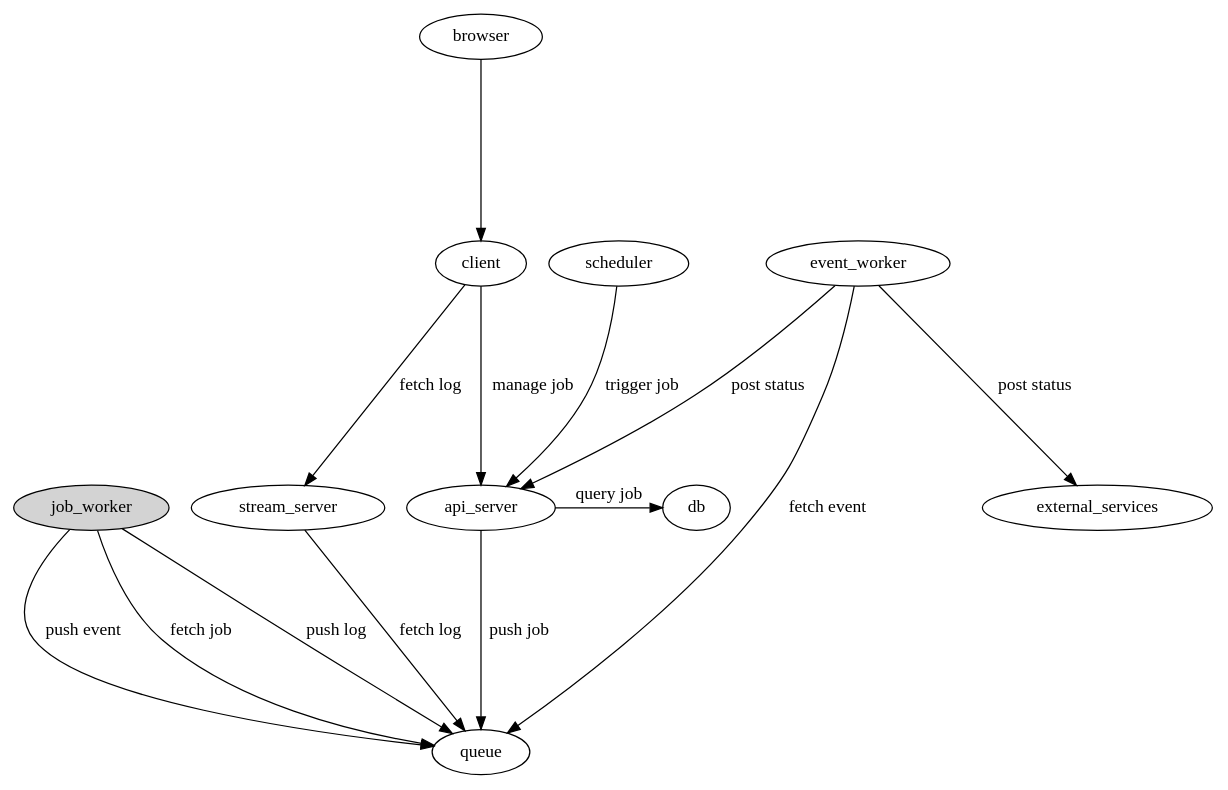
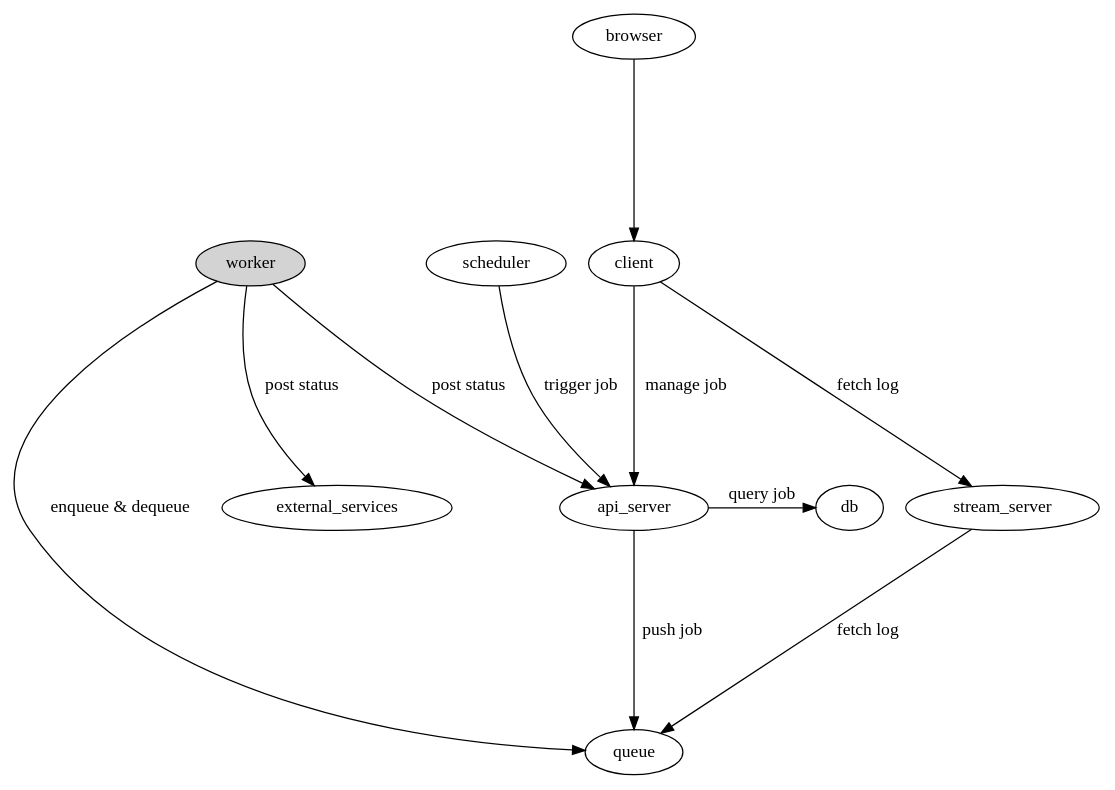
One commit to r7kamura/qchan-worker changed the diagram in doc/dot/overview.dot. Above: the diagram before and after it, drawn with Graphviz. The commit also changed 1 other file, not shown here.

```diff
--- a/doc/dot/overview.dot
+++ b/doc/dot/overview.dot
@@ -1,26 +1,22 @@
 digraph {
   graph [ ranksep=2.0; ]
 
-  job_worker [style="filled"];
-  job_worker -> queue [label="push event"];
-  job_worker -> queue [label="fetch job"];
-  job_worker -> queue [label="push log"];
+  worker [style="filled"];
+  worker -> queue [label="enqueue & dequeue"];
+  worker -> api_server [label="post status"];
+  worker -> external_services [label="post status"];
 
   api_server -> queue [label="push job"; weight=10];
   api_server -> db [label="query job"];
 
   scheduler -> api_server [label="trigger job"];
 
   client -> api_server [label="manage job"; weight=10];
   client -> stream_server [label="fetch log"];
 
   stream_server -> queue [label="fetch log"];
 
-  event_worker -> queue [label="fetch event"];
-  event_worker -> api_server [label="post status"];
-  event_worker -> external_services [label="post status"];
-
   browser -> client;
 
   { rank = same; api_server; db }
 }
```
